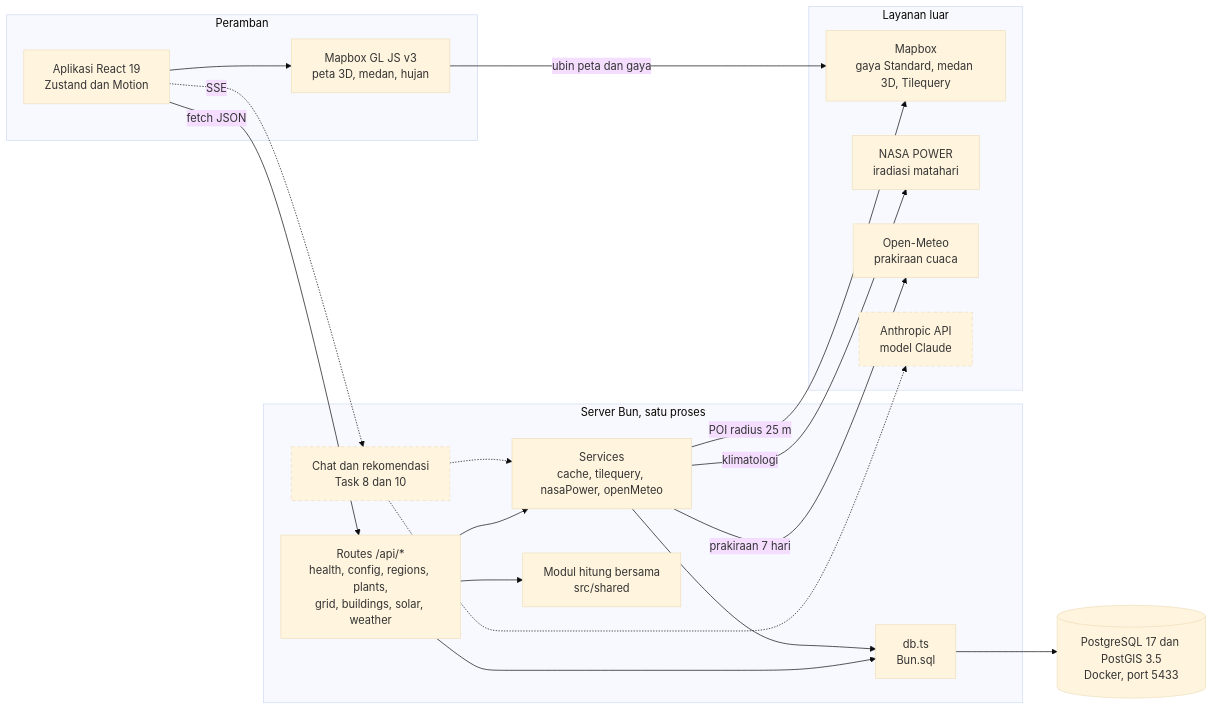
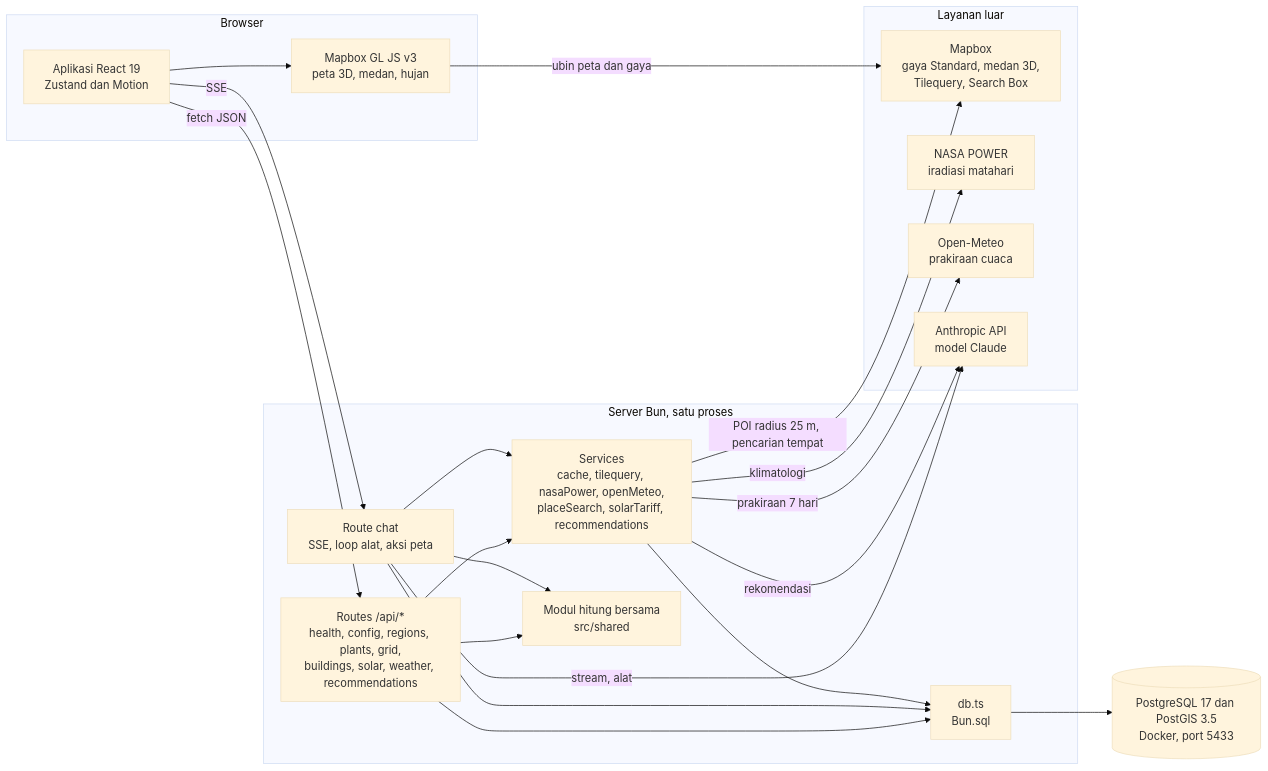
The diagram in docs/technical/architecture.md (akhmadqasim/malas-ngoding), drawn with Mermaid (base theme) before and after one commit. The commit also changed other lines of this file and 8 other files, not shown here.

````diff
--- a/docs/technical/architecture.md
+++ b/docs/technical/architecture.md
@@ -13,42 +11,42 @@
 ```mermaid
 flowchart LR
-  subgraph Klien["Peramban"]
+  subgraph Klien["Browser"]
     UI["Aplikasi React 19<br/>Zustand dan Motion"]
     GL["Mapbox GL JS v3<br/>peta 3D, medan, hujan"]
   end
 
   subgraph Server["Server Bun, satu proses"]
-    API["Routes /api/*<br/>health, config, regions, plants,<br/>grid, buildings, solar, weather"]
-    CHAT["Chat dan rekomendasi<br/>Task 8 dan 10"]
-    SVC["Services<br/>cache, tilequery, nasaPower, openMeteo"]
+    API["Routes /api/*<br/>health, config, regions, plants, grid,<br/>buildings, solar, weather, recommendations"]
+    CHAT["Route chat<br/>SSE, loop alat, aksi peta"]
+    SVC["Services<br/>cache, tilequery, nasaPower, openMeteo,<br/>placeSearch, solarTariff, recommendations"]
     CALC["Modul hitung bersama<br/>src/shared"]
     DBM["db.ts<br/>Bun.sql"]
   end
 
   PG[("PostgreSQL 17 dan PostGIS 3.5<br/>Docker, port 5433")]
 
   subgraph Luar["Layanan luar"]
-    MB["Mapbox<br/>gaya Standard, medan 3D, Tilequery"]
+    MB["Mapbox<br/>gaya Standard, medan 3D,<br/>Tilequery, Search Box"]
     NASA["NASA POWER<br/>iradiasi matahari"]
     OM["Open-Meteo<br/>prakiraan cuaca"]
     AI["Anthropic API<br/>model Claude"]
   end
 
   UI --> GL
   GL -->|"ubin peta dan gaya"| MB
   UI -->|"fetch JSON"| API
-  UI -.->|"SSE"| CHAT
+  UI -->|"SSE"| CHAT
   API --> CALC
   API --> SVC
   API --> DBM
-  CHAT -.-> SVC
-  CHAT -.-> AI
+  CHAT --> SVC
+  CHAT --> CALC
+  CHAT --> DBM
+  CHAT -->|"stream, alat"| AI
+  SVC -->|"rekomendasi"| AI
   SVC --> DBM
   DBM --> PG
-  SVC -->|"POI radius 25 m"| MB
+  SVC -->|"POI radius 25 m, pencarian tempat"| MB
   SVC -->|"klimatologi"| NASA
   SVC -->|"prakiraan 7 hari"| OM
-
-  classDef pending stroke-dasharray: 5 4
-  class CHAT,AI pending
 ```
````
